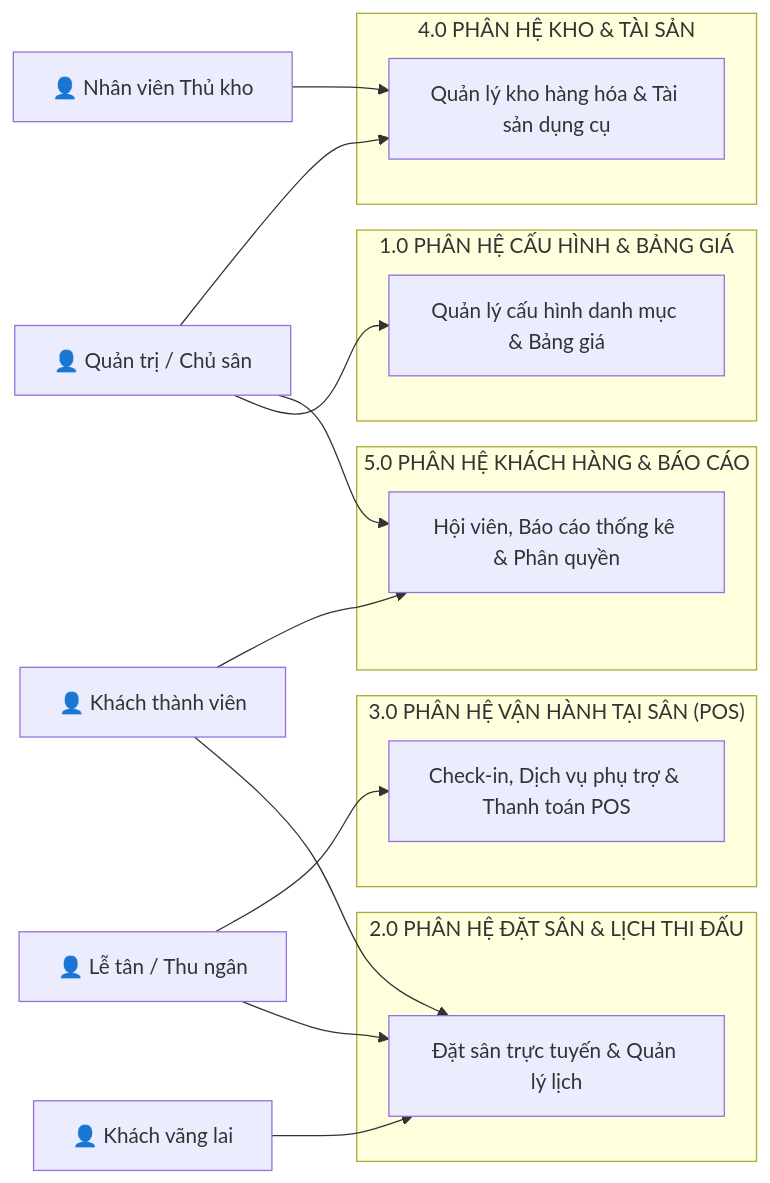
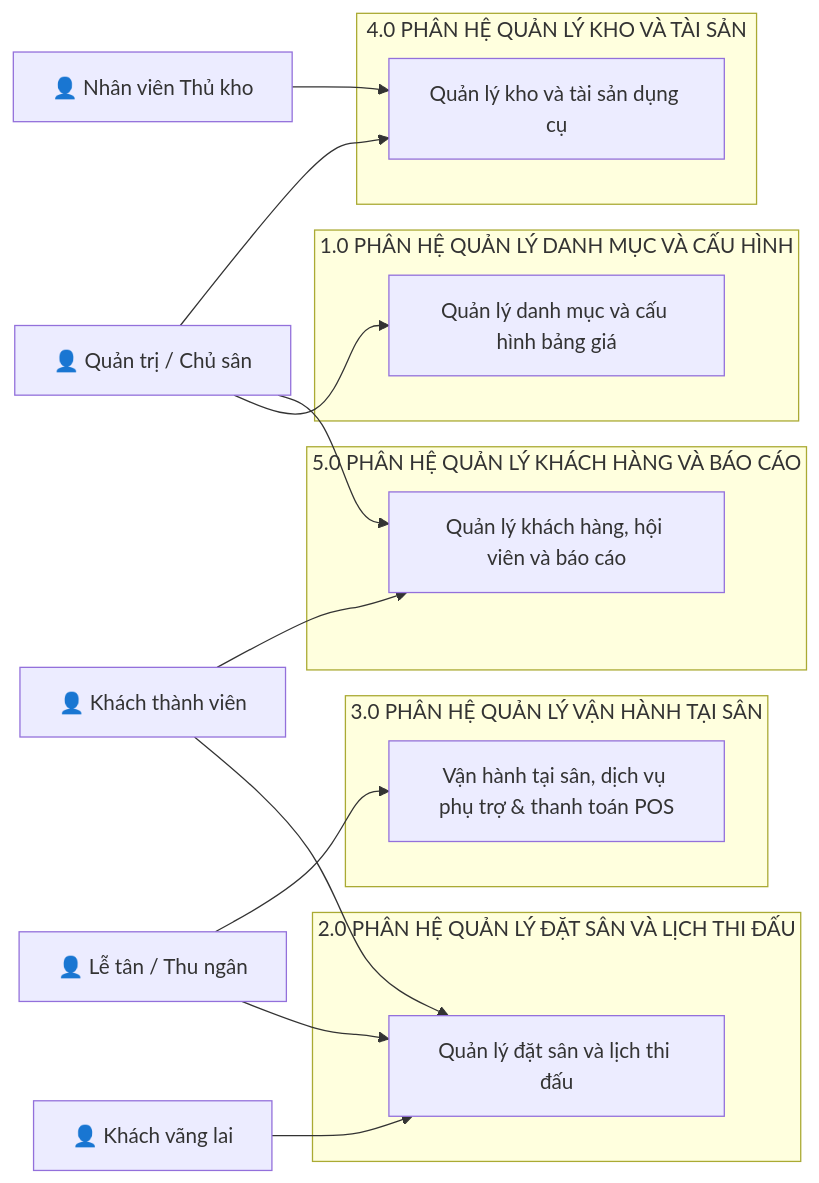
Before and after one commit to nphat-code/DoAn-OOAD-SGU: the second of 7 diagrams in BTH/BTH3_UsecaseDiagram/BTH3_UsecaseDiagram.md, drawn with Mermaid. The commit also changed other lines of this file, not shown here.

Commit message:
refactor(bth3): strictly standardize subsystem names across Part 2 and Part 3 with BTH1 BFD

````diff
--- a/BTH/BTH3_UsecaseDiagram/BTH3_UsecaseDiagram.md
+++ b/BTH/BTH3_UsecaseDiagram/BTH3_UsecaseDiagram.md
@@ -49,44 +49,44 @@
 ```mermaid
 flowchart LR
     %% Actors
     ActorGuest["👤 Khách vãng lai"]
     ActorCustomer["👤 Khách thành viên"]
     ActorStaff["👤 Lễ tân / Thu ngân"]
     ActorWarehouse["👤 Nhân viên Thủ kho"]
     ActorAdmin["👤 Quản trị / Chủ sân"]
 
     %% Packages / Subsystems
-    subgraph Sub1 ["1.0 PHÂN HỆ CẤU HÌNH & BẢNG GIÁ"]
-        UC_Config["Quản lý cấu hình danh mục & Bảng giá"]
+    subgraph Sub1 ["1.0 PHÂN HỆ QUẢN LÝ DANH MỤC VÀ CẤU HÌNH"]
+        UC_Config["Quản lý danh mục và cấu hình bảng giá"]
     end
 
-    subgraph Sub2 ["2.0 PHÂN HỆ ĐẶT SÂN & LỊCH THI ĐẤU"]
-        UC_Booking["Đặt sân trực tuyến & Quản lý lịch"]
+    subgraph Sub2 ["2.0 PHÂN HỆ QUẢN LÝ ĐẶT SÂN VÀ LỊCH THI ĐẤU"]
+        UC_Booking["Quản lý đặt sân và lịch thi đấu"]
     end
 
-    subgraph Sub3 ["3.0 PHÂN HỆ VẬN HÀNH TẠI SÂN (POS)"]
-        UC_POS["Check-in, Dịch vụ phụ trợ & Thanh toán POS"]
+    subgraph Sub3 ["3.0 PHÂN HỆ QUẢN LÝ VẬN HÀNH TẠI SÂN"]
+        UC_POS["Vận hành tại sân, dịch vụ phụ trợ & thanh toán POS"]
     end
 
-    subgraph Sub4 ["4.0 PHÂN HỆ KHO & TÀI SẢN"]
-        UC_Inventory["Quản lý kho hàng hóa & Tài sản dụng cụ"]
+    subgraph Sub4 ["4.0 PHÂN HỆ QUẢN LÝ KHO VÀ TÀI SẢN"]
+        UC_Inventory["Quản lý kho và tài sản dụng cụ"]
     end
 
-    subgraph Sub5 ["5.0 PHÂN HỆ KHÁCH HÀNG & BÁO CÁO"]
-        UC_Report["Hội viên, Báo cáo thống kê & Phân quyền"]
+    subgraph Sub5 ["5.0 PHÂN HỆ QUẢN LÝ KHÁCH HÀNG VÀ BÁO CÁO"]
+        UC_Report["Quản lý khách hàng, hội viên và báo cáo"]
     end
 
     %% Connections
     ActorGuest --> UC_Booking
     ActorCustomer --> UC_Booking
     ActorCustomer --> UC_Report
 
     ActorStaff --> UC_Booking
     ActorStaff --> UC_POS
 
     ActorWarehouse --> UC_Inventory
 
     ActorAdmin --> UC_Config
     ActorAdmin --> UC_Report
     ActorAdmin --> UC_Inventory
 ```
````
